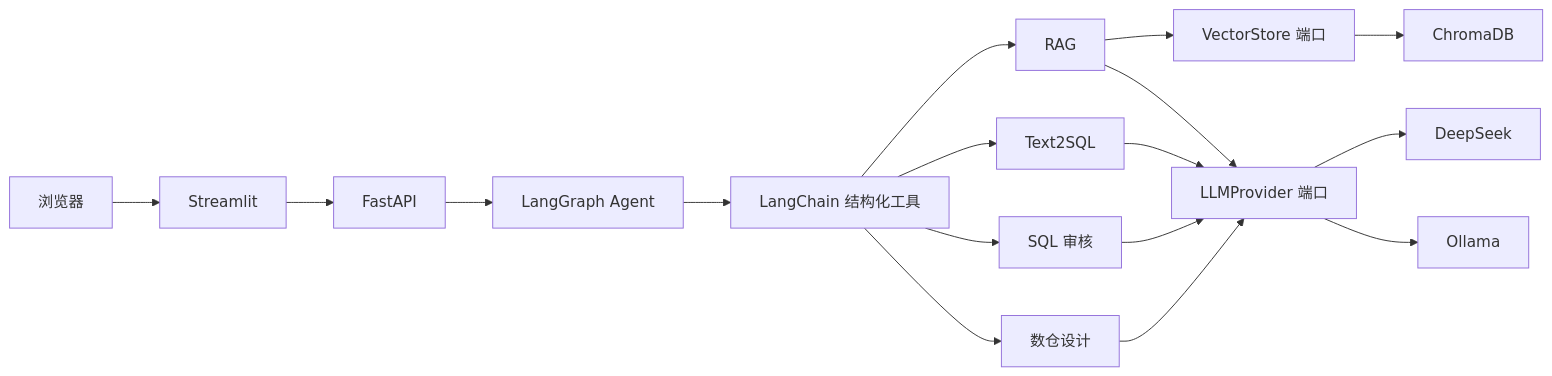
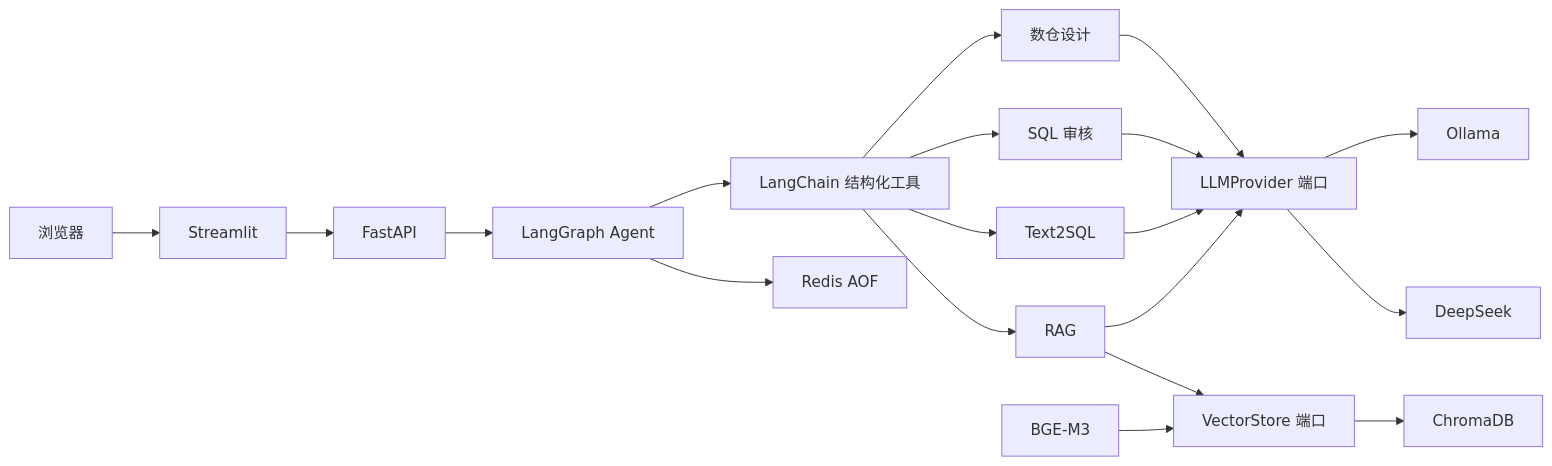
Before and after one commit to plutoczm/DataCopilot: the second of 8 diagrams in docs/ARCHITECTURE.md, drawn with Mermaid. The commit also changed other lines of this file and 78 other files, not shown here.

````diff
--- a/docs/ARCHITECTURE.md
+++ b/docs/ARCHITECTURE.md
@@ -52,19 +53,21 @@
 ```mermaid
 flowchart LR
     Browser[浏览器] --> UI[Streamlit]
     UI --> API[FastAPI]
     API --> Agent[LangGraph Agent]
+    Agent --> Redis[Redis AOF]
     Agent --> Tools[LangChain 结构化工具]
     Tools --> RAG[RAG]
     Tools --> T2S[Text2SQL]
     Tools --> Review[SQL 审核]
     Tools --> Warehouse[数仓设计]
     RAG --> VectorPort[VectorStore 端口]
     RAG --> LLMPort[LLMProvider 端口]
     T2S --> LLMPort
     Review --> LLMPort
     Warehouse --> LLMPort
     VectorPort --> Chroma[ChromaDB]
+    Embed[BGE-M3] --> VectorPort
     LLMPort --> DeepSeek[DeepSeek]
     LLMPort --> Ollama[Ollama]
 ```
````
